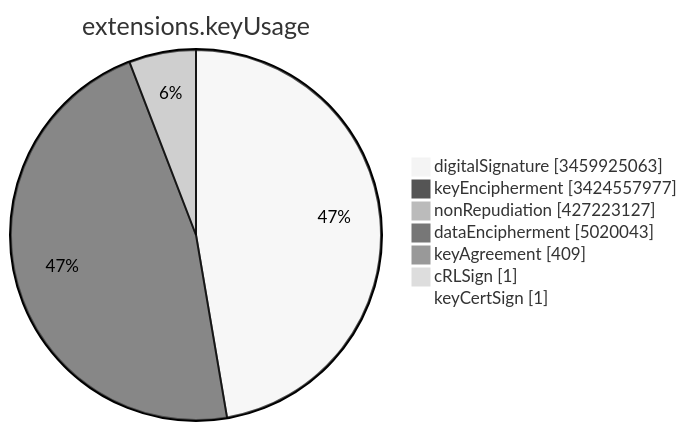
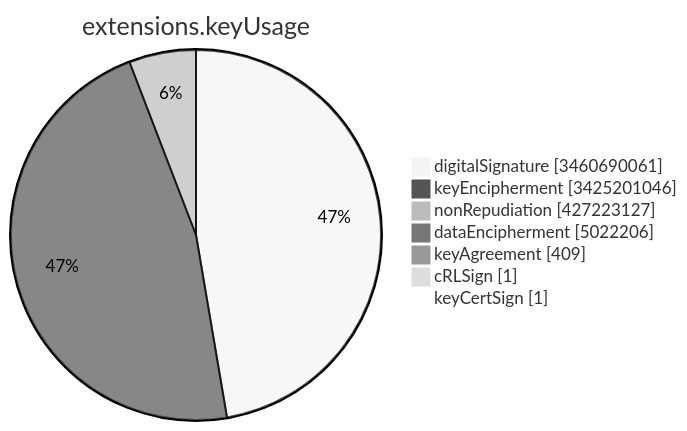
One commit to christiankrug/ctmonitor_visualization changed the sixth of 15 diagrams in TOTAL/README.md. Above: the diagram before and after it, drawn with Mermaid (neutral theme). The commit also changed other lines of this file, not shown here.

````diff
--- a/TOTAL/README.md
+++ b/TOTAL/README.md
@@ -3082,11 +3082,11 @@
 ```mermaid
 pie showData
 title extensions.keyUsage
-"digitalSignature" :3459925063
-"keyEncipherment" :3424557977
+"digitalSignature" :3460690061
+"keyEncipherment" :3425201046
 "nonRepudiation" :427223127
-"dataEncipherment" :5020043
+"dataEncipherment" :5022206
 "keyAgreement" :409
 "cRLSign" :1
 "keyCertSign" :1
 ```
````
